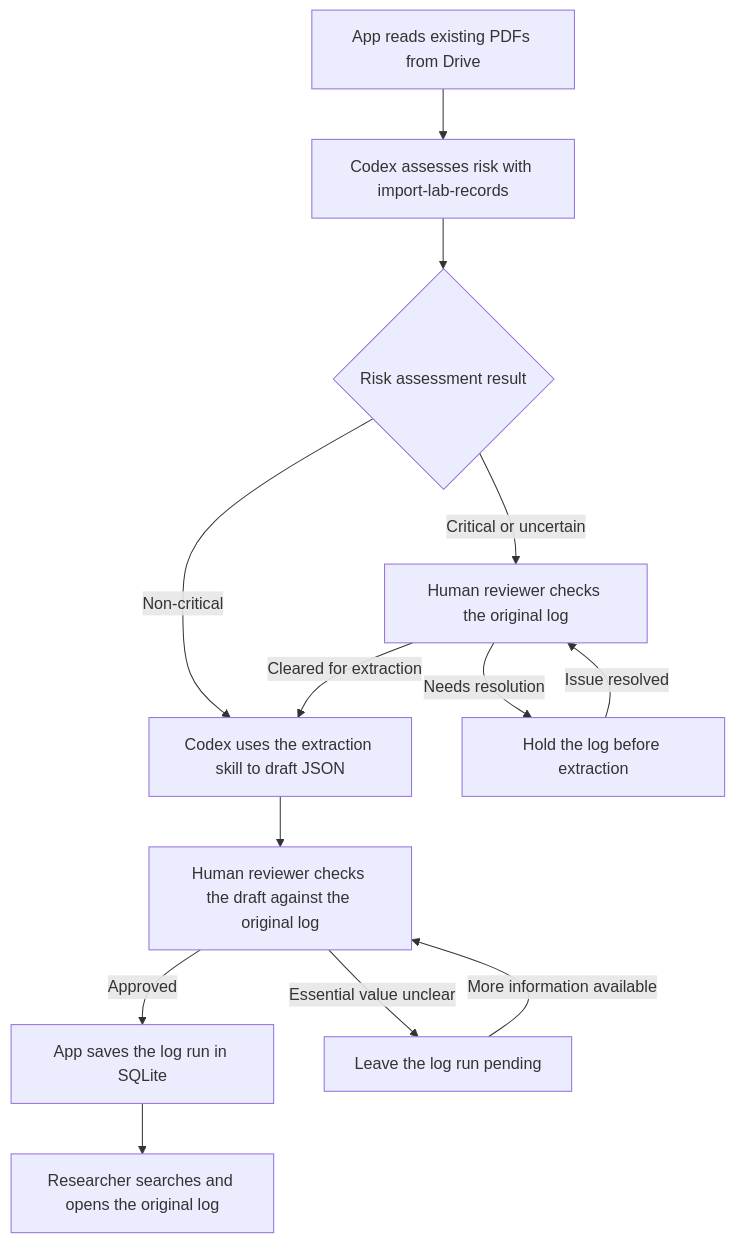
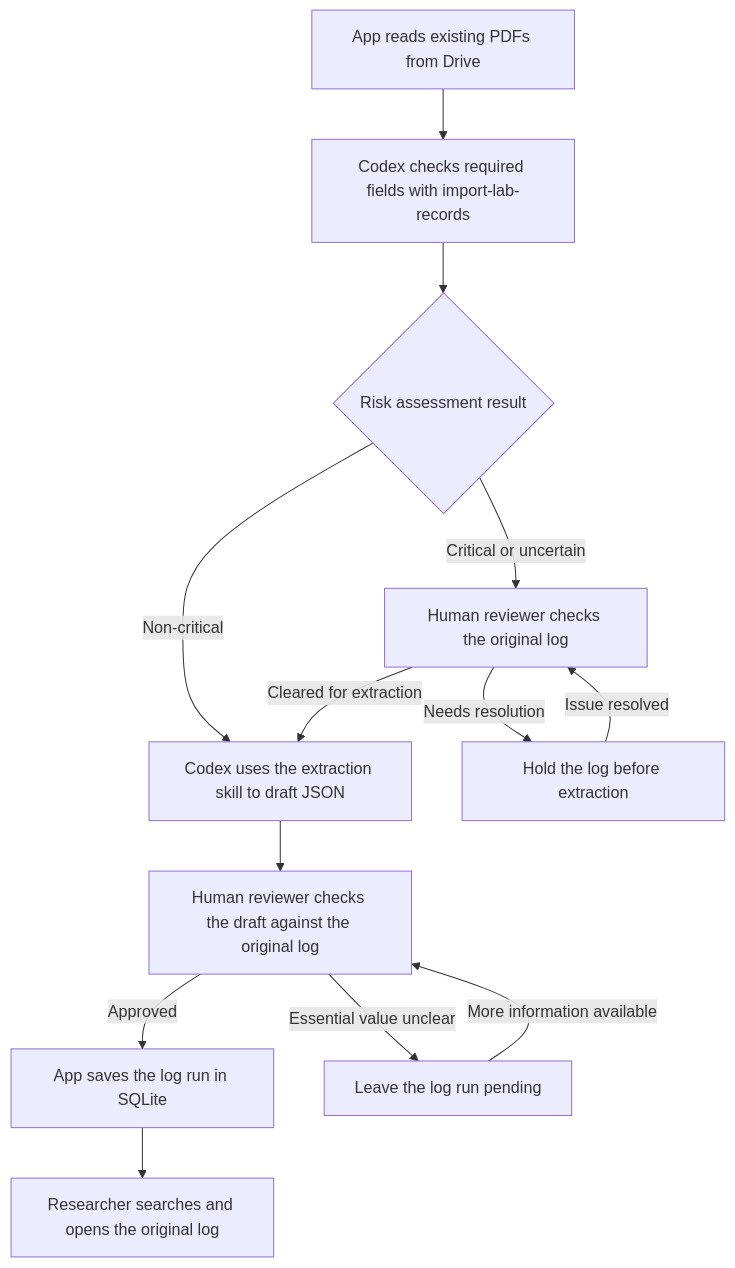
One commit to irisyjchang/quantum-materials-ai-archive changed the diagram in docs/design-document.md. Above: the diagram before and after it, drawn with Mermaid. The commit also changed other lines of this file, not shown here.

Commit message:
docs: base risk assessment on required fields

````diff
--- a/docs/design-document.md
+++ b/docs/design-document.md
@@ -40,15 +40,15 @@
 ```mermaid
 flowchart TD
-    A[App reads existing PDFs from Drive] --> T[Codex assesses risk with import-lab-records]
+    A[App reads existing PDFs from Drive] --> T[Codex checks required fields with import-lab-records]
     T --> R{Risk assessment result}
     R -->|Non-critical| D[Codex uses the extraction skill to draft JSON]
     R -->|Critical or uncertain| P[Human reviewer checks the original log]
     P -->|Cleared for extraction| D
     P -->|Needs resolution| Q[Hold the log before extraction]
     Q -->|Issue resolved| P
     D --> G[Human reviewer checks the draft against the original log]
     G -->|Approved| K[App saves the log run in SQLite]
     G -->|Essential value unclear| I[Leave the log run pending]
     I -->|More information available| G
     K --> L[Researcher searches and opens the original log]
 ```
````
